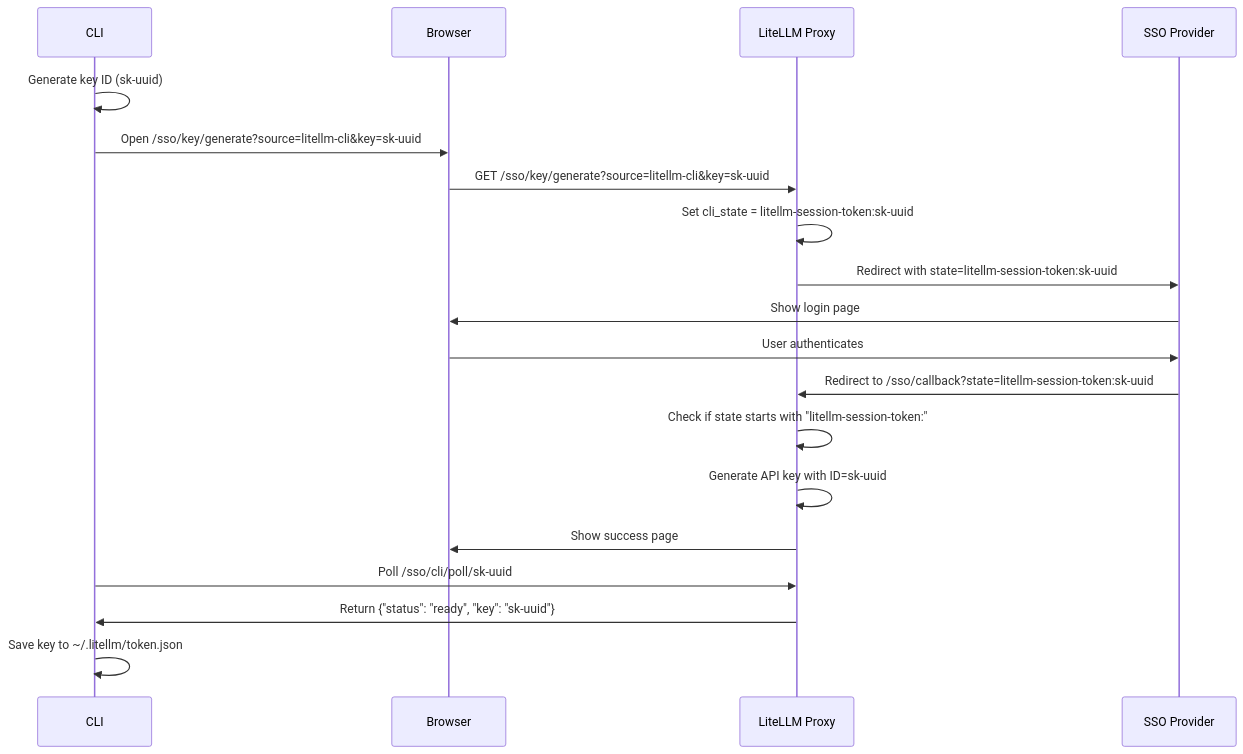
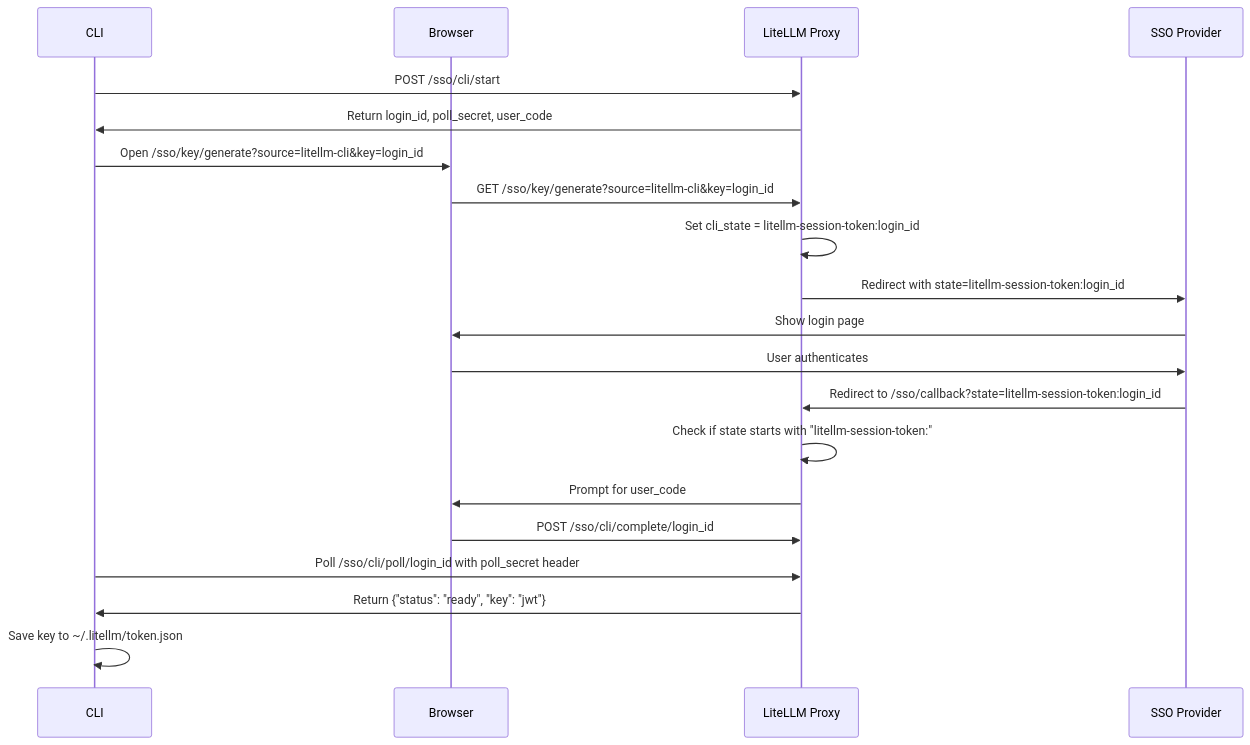
Before and after one commit to HIDORAKAI002/ai-workspace-archive: the diagram in llm_tools___utilities/llm_routing___gateway/litellm/litellm/proxy/client/README.md, drawn with Mermaid. The commit also changed other lines of this file and 3962 other files, not shown here.

````diff
--- a/llm_tools___utilities/llm_routing___gateway/litellm/litellm/proxy/client/README.md
+++ b/llm_tools___utilities/llm_routing___gateway/litellm/litellm/proxy/client/README.md
@@ -309,26 +309,27 @@
 ```mermaid
 sequenceDiagram
     participant CLI as CLI
     participant Browser as Browser
     participant Proxy as LiteLLM Proxy
     participant SSO as SSO Provider
     
-    CLI->>CLI: Generate key ID (sk-uuid)
-    CLI->>Browser: Open /sso/key/generate?source=litellm-cli&key=sk-uuid
+    CLI->>Proxy: POST /sso/cli/start
+    Proxy->>CLI: Return login_id, poll_secret, user_code
+    CLI->>Browser: Open /sso/key/generate?source=litellm-cli&key=login_id
     
-    Browser->>Proxy: GET /sso/key/generate?source=litellm-cli&key=sk-uuid
-    Proxy->>Proxy: Set cli_state = litellm-session-token:sk-uuid
-    Proxy->>SSO: Redirect with state=litellm-session-token:sk-uuid
+    Browser->>Proxy: GET /sso/key/generate?source=litellm-cli&key=login_id
+    Proxy->>Proxy: Set cli_state = litellm-session-token:login_id
+    Proxy->>SSO: Redirect with state=litellm-session-token:login_id
     
     SSO->>Browser: Show login page
     Browser->>SSO: User authenticates
-    SSO->>Proxy: Redirect to /sso/callback?state=litellm-session-token:sk-uuid
+    SSO->>Proxy: Redirect to /sso/callback?state=litellm-session-token:login_id
     
     Proxy->>Proxy: Check if state starts with "litellm-session-token:"
-    Proxy->>Proxy: Generate API key with ID=sk-uuid
-    Proxy->>Browser: Show success page
+    Proxy->>Browser: Prompt for user_code
+    Browser->>Proxy: POST /sso/cli/complete/login_id
     
-    CLI->>Proxy: Poll /sso/cli/poll/sk-uuid
-    Proxy->>CLI: Return {"status": "ready", "key": "sk-uuid"}
+    CLI->>Proxy: Poll /sso/cli/poll/login_id with poll_secret header
+    Proxy->>CLI: Return {"status": "ready", "key": "jwt"}
     CLI->>CLI: Save key to ~/.litellm/token.json
 ```
````
